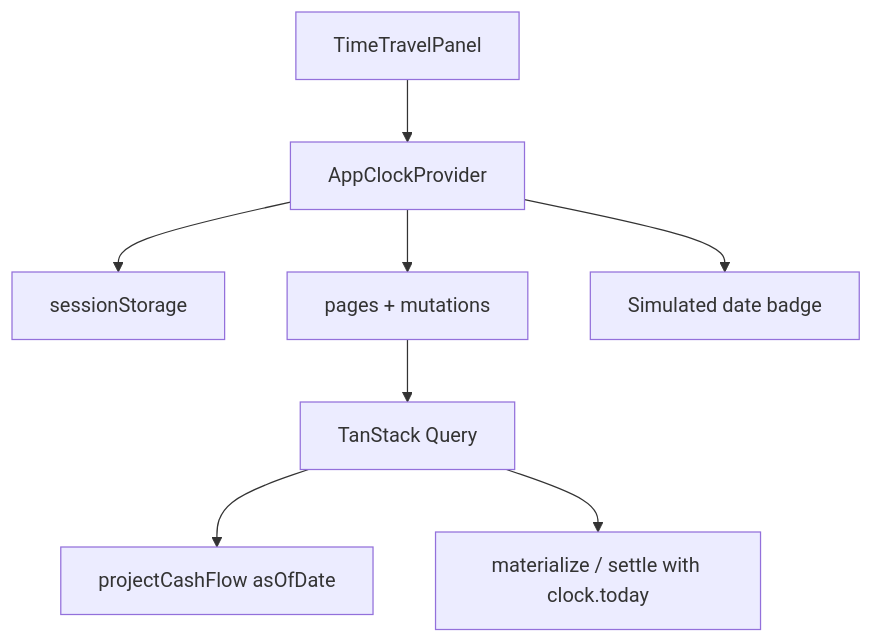
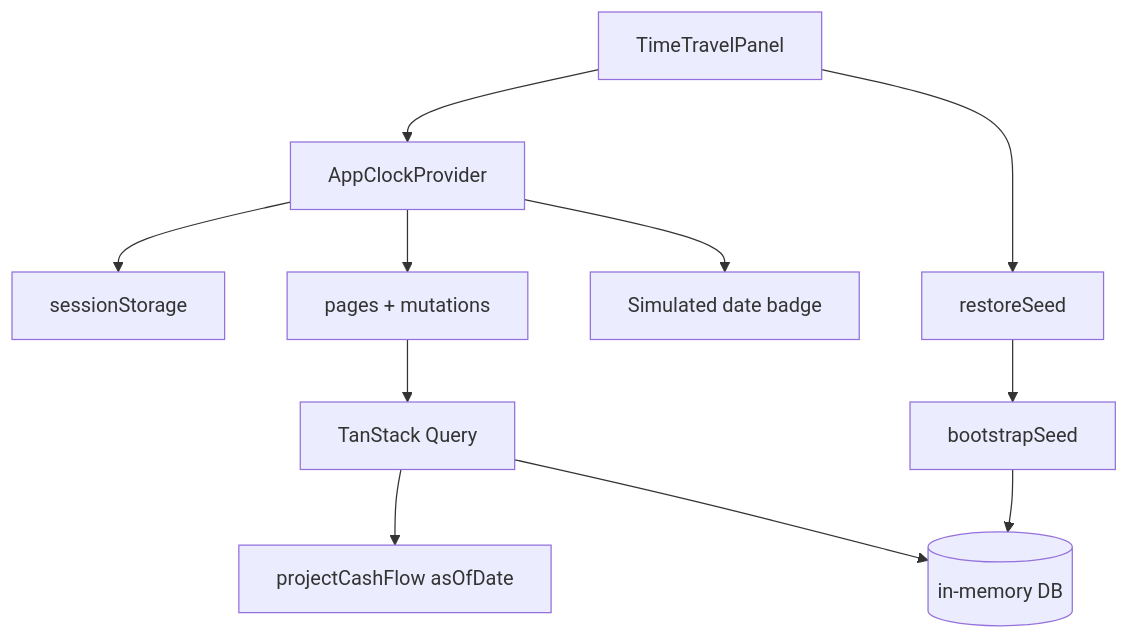
One commit to renancardo/cashflow changed the diagram in docs/user-stories/12-developer-tools.md. Above: the diagram before and after it, drawn with Mermaid. The commit also changed other lines of this file and 64 other files, not shown here.

````diff
--- a/docs/user-stories/12-developer-tools.md
+++ b/docs/user-stories/12-developer-tools.md
@@ -195,10 +262,13 @@
 ```mermaid
 flowchart TD
   Panel[TimeTravelPanel] --> Provider[AppClockProvider]
+  Panel --> Seed[restoreSeed]
+  Seed --> Bootstrap[bootstrapSeed]
+  Bootstrap --> DB[(in-memory DB)]
   Provider --> Session[sessionStorage]
   Provider --> App[pages + mutations]
   App --> Queries[TanStack Query]
   Queries --> Engine[projectCashFlow asOfDate]
-  Queries --> DB[materialize / settle with clock.today]
+  Queries --> DB
   Provider --> Badge[Simulated date badge]
 ```
````
